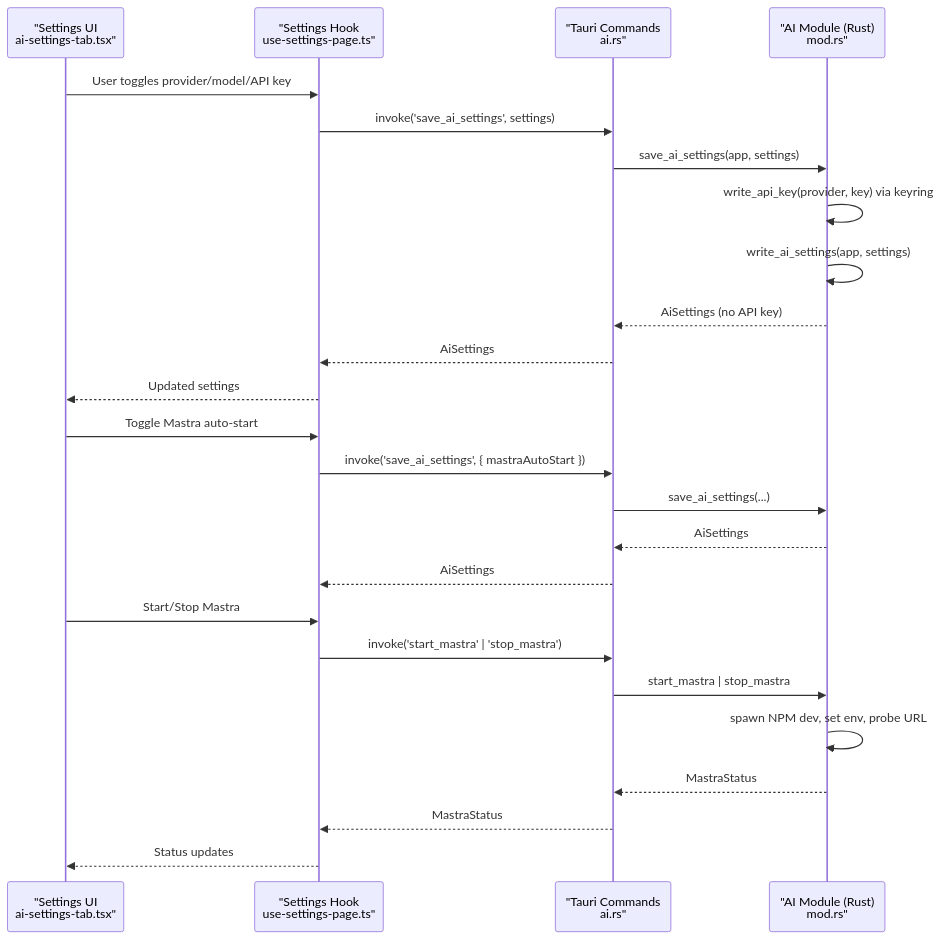
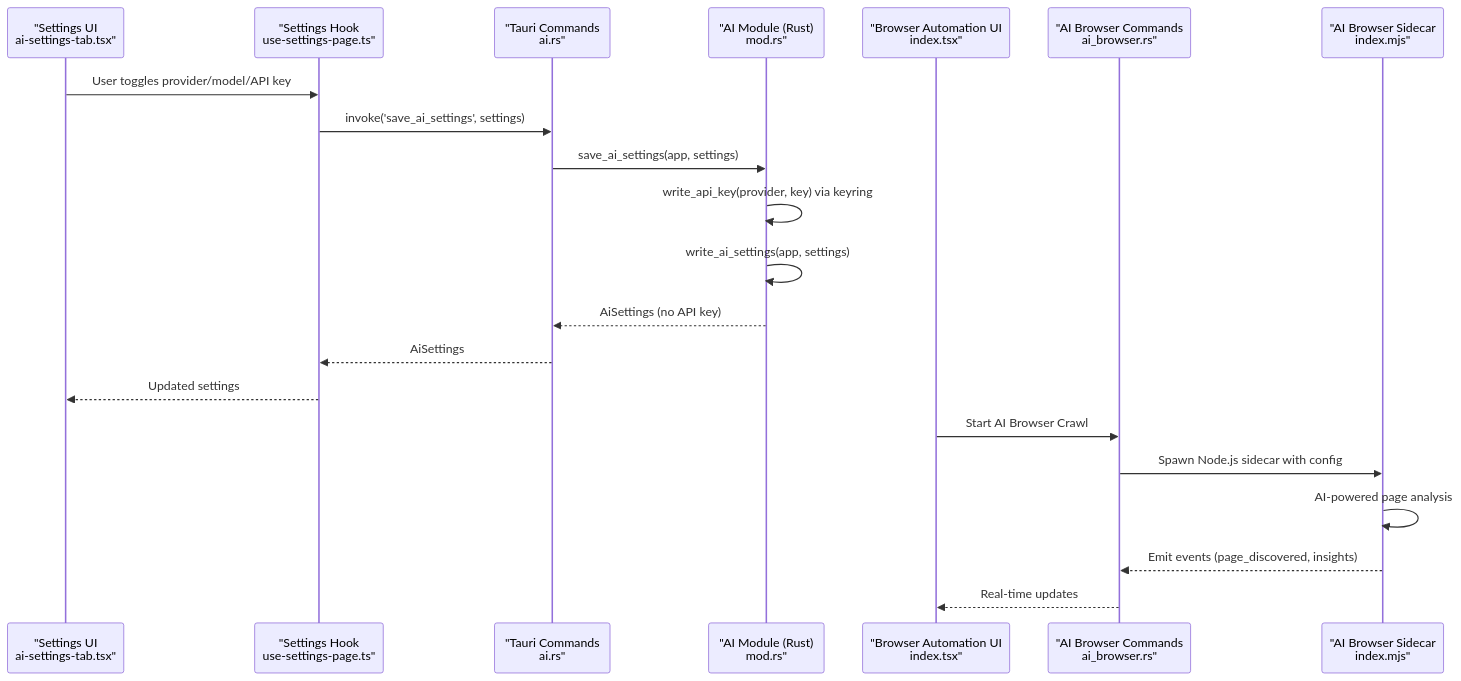
One commit to arhamymr/hexbuffer changed the second of 8 diagrams in .qoder/repowiki/en/content/AI Integration/AI Assistant System.md. Above: the diagram before and after it, drawn with Mermaid. The commit also changed other lines of this file and 21 other files, not shown here.

````diff
--- a/.qoder/repowiki/en/content/AI Integration/AI Assistant System.md
+++ b/.qoder/repowiki/en/content/AI Integration/AI Assistant System.md
@@ -115,27 +148,23 @@
 ```mermaid
 sequenceDiagram
 participant UI as "Settings UI<br/>ai-settings-tab.tsx"
 participant Hook as "Settings Hook<br/>use-settings-page.ts"
 participant Cmd as "Tauri Commands<br/>ai.rs"
 participant Mod as "AI Module (Rust)<br/>mod.rs"
+participant BrowserUI as "Browser Automation UI<br/>index.tsx"
+participant BrowserCmd as "AI Browser Commands<br/>ai_browser.rs"
+participant Sidecar as "AI Browser Sidecar<br/>index.mjs"
 UI->>Hook : User toggles provider/model/API key
 Hook->>Cmd : invoke('save_ai_settings', settings)
 Cmd->>Mod : save_ai_settings(app, settings)
 Mod->>Mod : write_api_key(provider, key) via keyring
 Mod->>Mod : write_ai_settings(app, settings)
 Mod-->>Cmd : AiSettings (no API key)
 Cmd-->>Hook : AiSettings
 Hook-->>UI : Updated settings
-UI->>Hook : Toggle Mastra auto-start
-Hook->>Cmd : invoke('save_ai_settings', { mastraAutoStart })
-Cmd->>Mod : save_ai_settings(...)
-Mod-->>Cmd : AiSettings
-Cmd-->>Hook : AiSettings
-UI->>Hook : Start/Stop Mastra
-Hook->>Cmd : invoke('start_mastra' | 'stop_mastra')
-Cmd->>Mod : start_mastra | stop_mastra
-Mod->>Mod : spawn NPM dev, set env, probe URL
-Mod-->>Cmd : MastraStatus
-Cmd-->>Hook : MastraStatus
-Hook-->>UI : Status updates
+BrowserUI->>BrowserCmd : Start AI Browser Crawl
+BrowserCmd->>Sidecar : Spawn Node.js sidecar with config
+Sidecar->>Sidecar : AI-powered page analysis
+Sidecar-->>BrowserCmd : Emit events (page_discovered, insights)
+BrowserCmd-->>BrowserUI : Real-time updates
 ```
````
